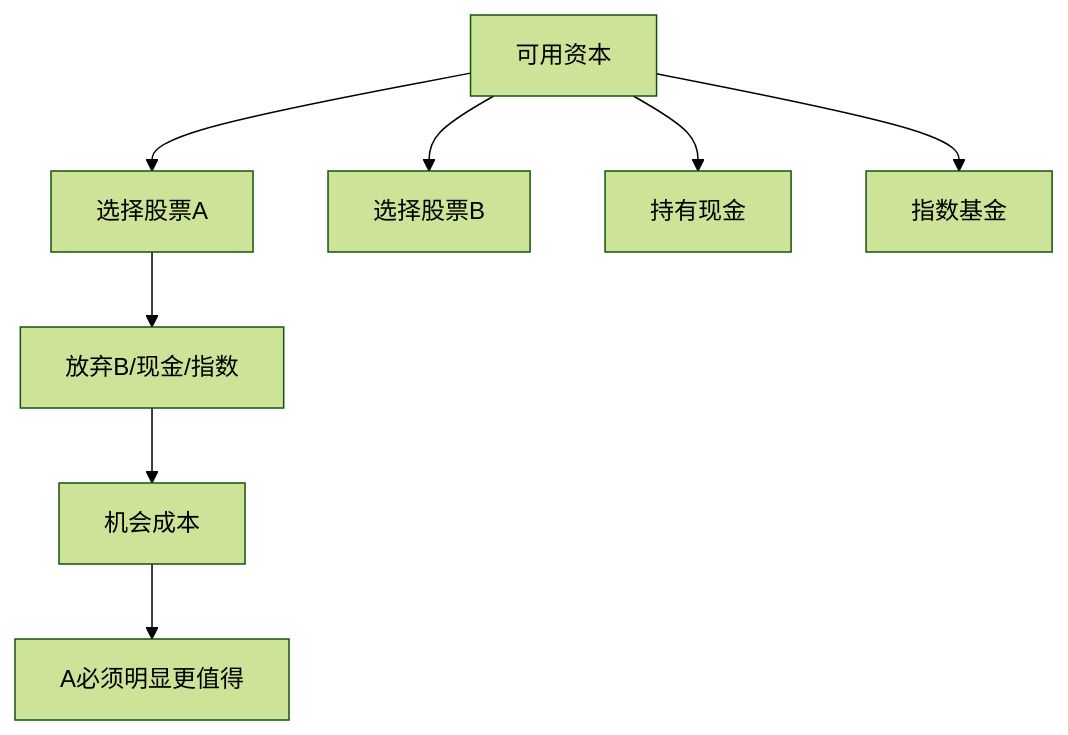
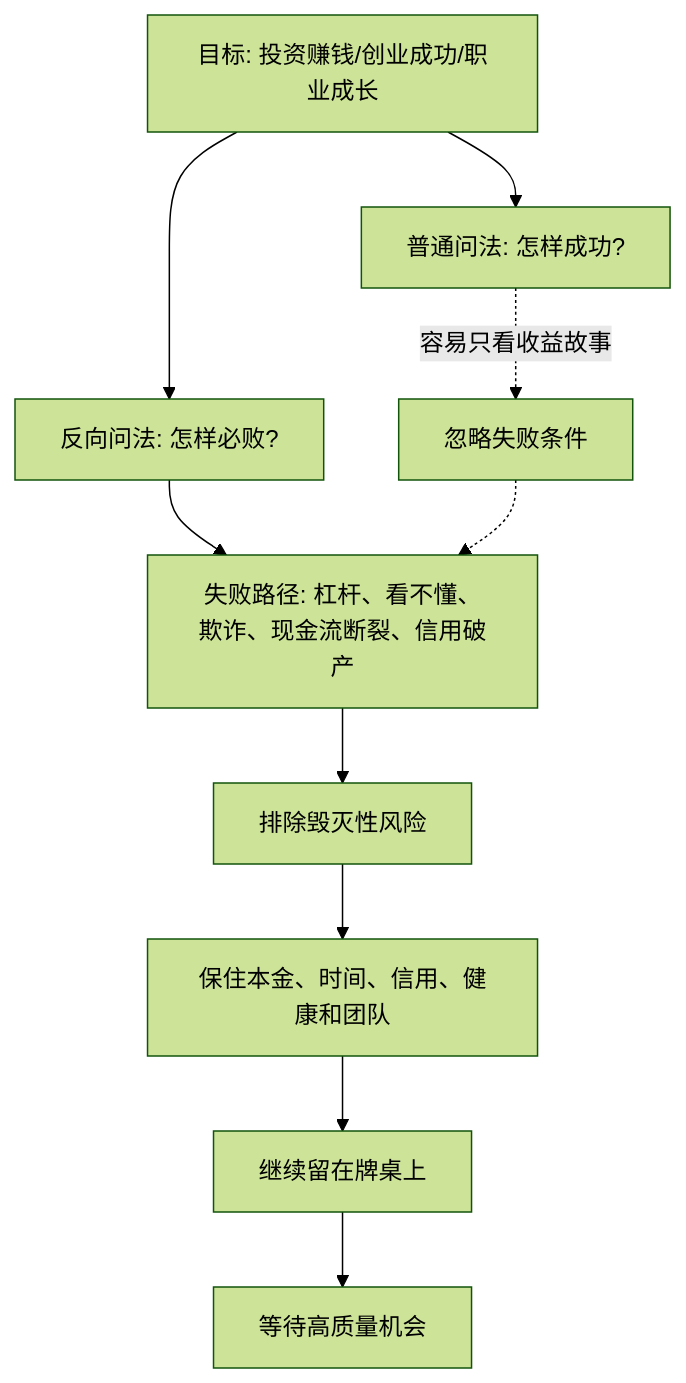
Before and after one commit to digoal/blog: the diagram in 202605/20260519_26.md, drawn with Mermaid (forest theme). The commit also changed other lines of this file and 51 other files, not shown here.

````diff
--- a/202605/20260519_26.md
+++ b/202605/20260519_26.md
@@ -22,10 +22,12 @@
 ```mermaid
 flowchart TD
-  A["可用资本"] --> B["选择股票A"]
-  A --> C["选择股票B"]
-  A --> D["持有现金"]
-  A --> E["指数基金"]
-  B --> F["放弃B/现金/指数"]
-  F --> G["机会成本"]
-  G --> H["A必须明显更值得"]
+  A["目标: 投资赚钱/创业成功/职业成长"] --> B["普通问法: 怎样成功?"]
+  A --> C["反向问法: 怎样必败?"]
+  C --> D["失败路径: 杠杆、看不懂、欺诈、现金流断裂、信用破产"]
+  D --> E["排除毁灭性风险"]
+  E --> F["保住本金、时间、信用、健康和团队"]
+  F --> G["继续留在牌桌上"]
+  G --> H["等待高质量机会"]
+  B -. "容易只看收益故事" .-> I["忽略失败条件"]
+  I -.-> D
 ```
````
